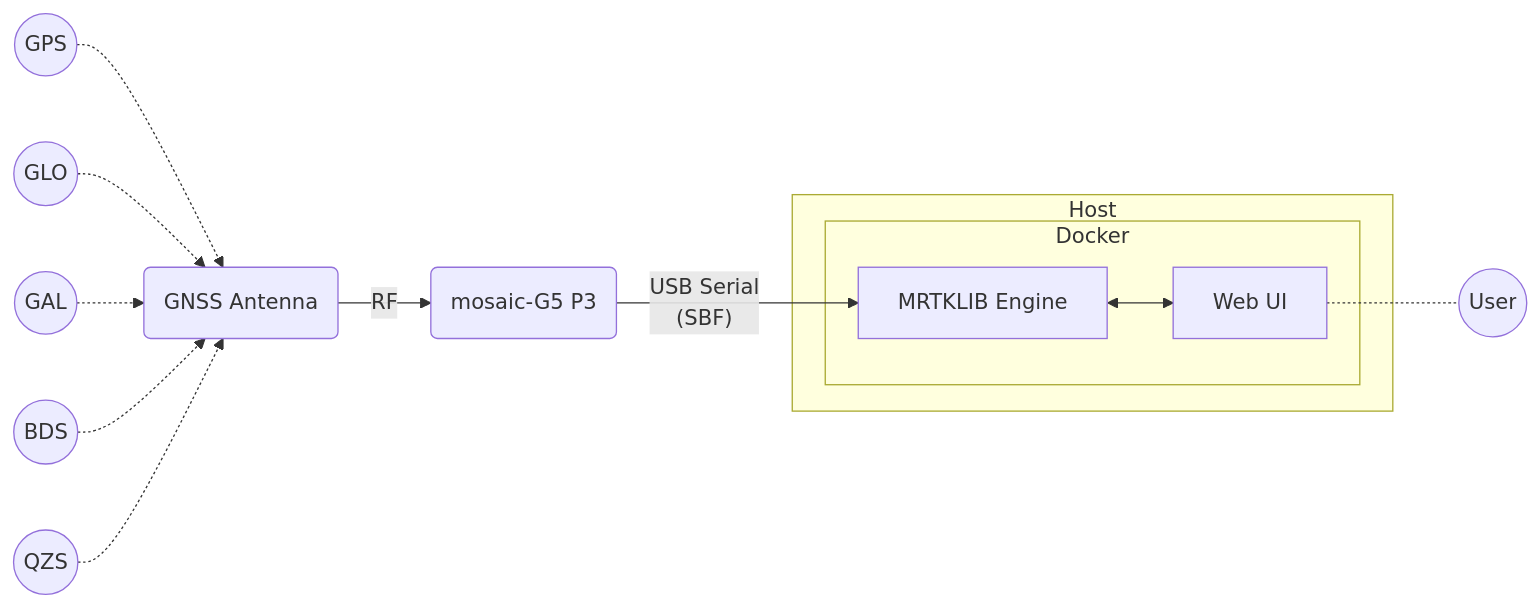
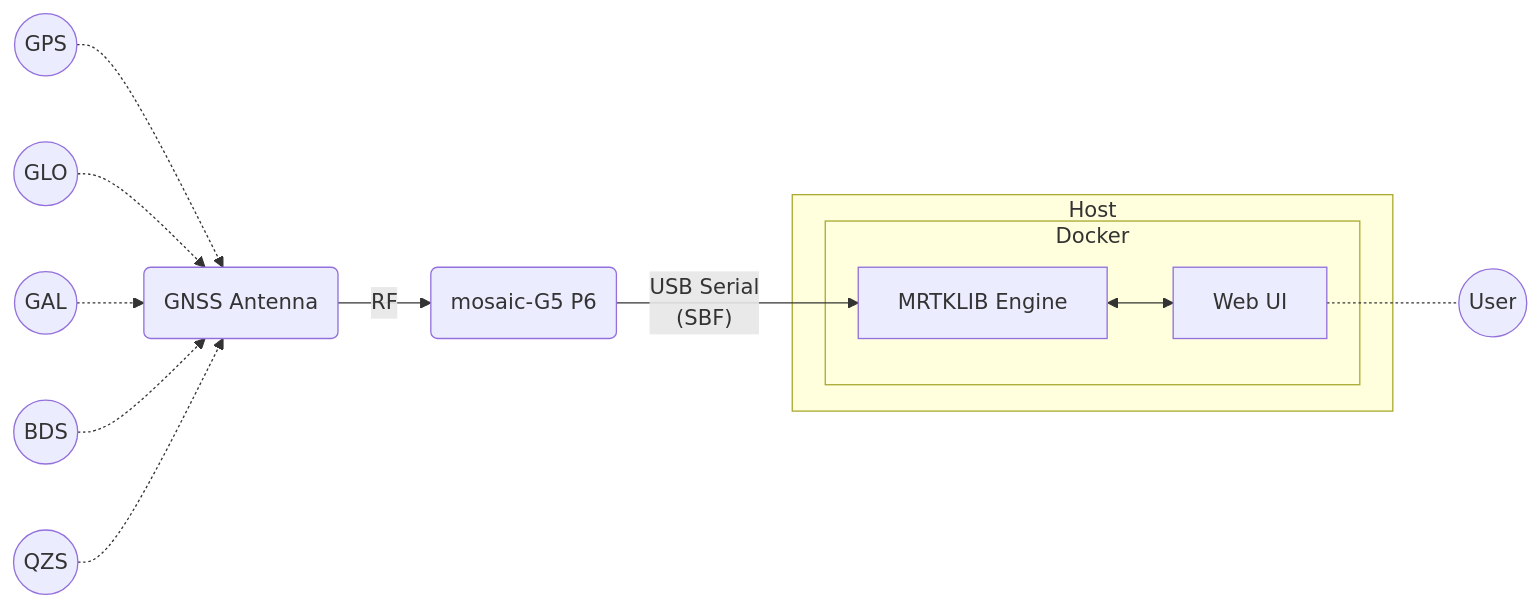
Before and after one commit to h-shiono/mrtklib-quickstart: the diagram in docs/ja/00-overview.qmd, drawn with Mermaid. The commit also changed other lines of this file and 3 other files, not shown here.

````diff
--- a/docs/ja/00-overview.qmd
+++ b/docs/ja/00-overview.qmd
@@ -35,23 +35,23 @@
 ```{mermaid}
 %%| label: fig-big-picture
 %%| fig-cap: 本ガイドの全体像
 
 flowchart LR
 
   gps((GPS)) -.-> ant(GNSS Antenna)
   glo((GLO)) -.-> ant
   gal((GAL)) -.-> ant
   bds((BDS)) -.-> ant
   qzs((QZS)) -.-> ant
 
-  ant -- RF --> rcv(mosaic-G5 P3)
+  ant -- RF --> rcv(mosaic-G5 P6)
   rcv -- "USB Serial<br/>(SBF)" --> container["MRTKLIB Engine"]
 
   subgraph Host
     subgraph Docker
       container <--> ui[Web UI]
     end
   end
 
   ui -.- user((User))
 ```
````
